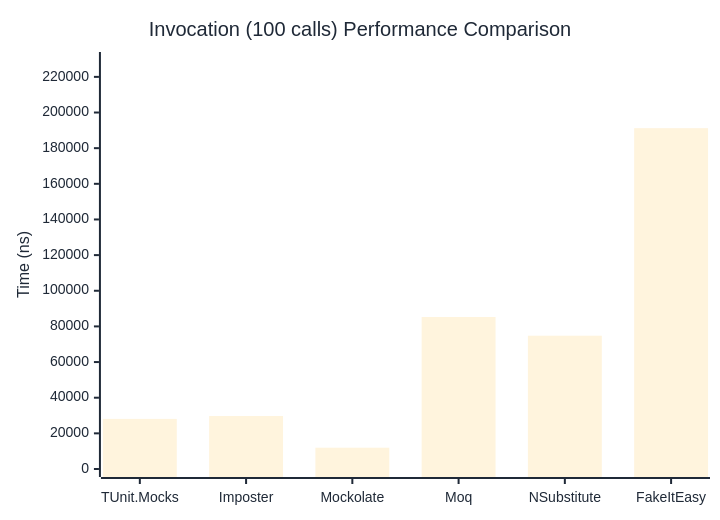
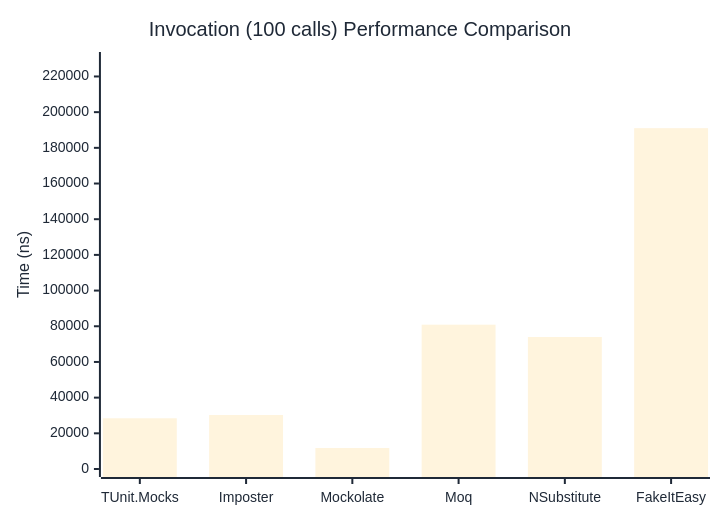
The third of 3 diagrams in docs/docs/benchmarks/mocks/Invocation.md (thomhurst/TUnit), drawn with Mermaid before and after one commit. The commit also changed other lines of this file and 14 other files, not shown here.

````diff
--- a/docs/docs/benchmarks/mocks/Invocation.md
+++ b/docs/docs/benchmarks/mocks/Invocation.md
@@ -112,27 +112,27 @@
 ```mermaid
 %%{init: {
   'theme':'base',
   'themeVariables': {
     'primaryColor': '#2563eb',
     'primaryTextColor': '#1f2937',
     'primaryBorderColor': '#1e40af',
     'lineColor': '#6b7280',
     'secondaryColor': '#7c3aed',
     'tertiaryColor': '#dc2626',
     'background': '#ffffff',
     'pie1': '#2563eb',
     'pie2': '#7c3aed',
     'pie3': '#dc2626',
     'pie4': '#f59e0b',
     'pie5': '#10b981',
     'pie6': '#06b6d4',
     'pie7': '#ec4899',
     'pie8': '#6366f1'
   }
 }}%%
 xychart-beta
   title "Invocation (100 calls) Performance Comparison"
   x-axis ["TUnit.Mocks", "Imposter", "Mockolate", "Moq", "NSubstitute", "FakeItEasy"]
-  y-axis "Time (ns)" 0 --> 229464
-  bar [28103.4, 29723.7, 11942.5, 85275.2, 74783.4, 191219.3]
+  y-axis "Time (ns)" 0 --> 229229
+  bar [28422.4, 30252.2, 11762.3, 80885.5, 73991.9, 191024.1]
 ```
````
